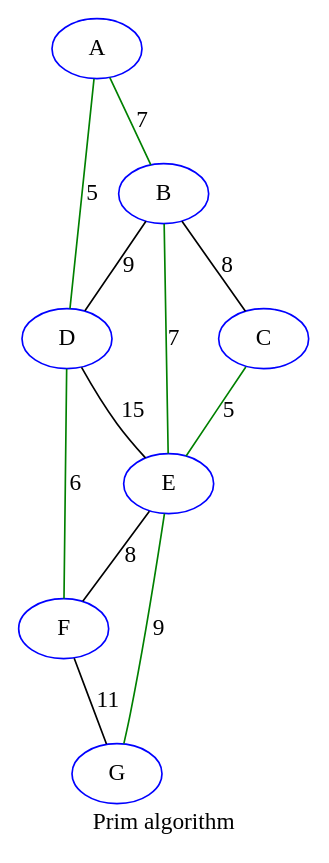
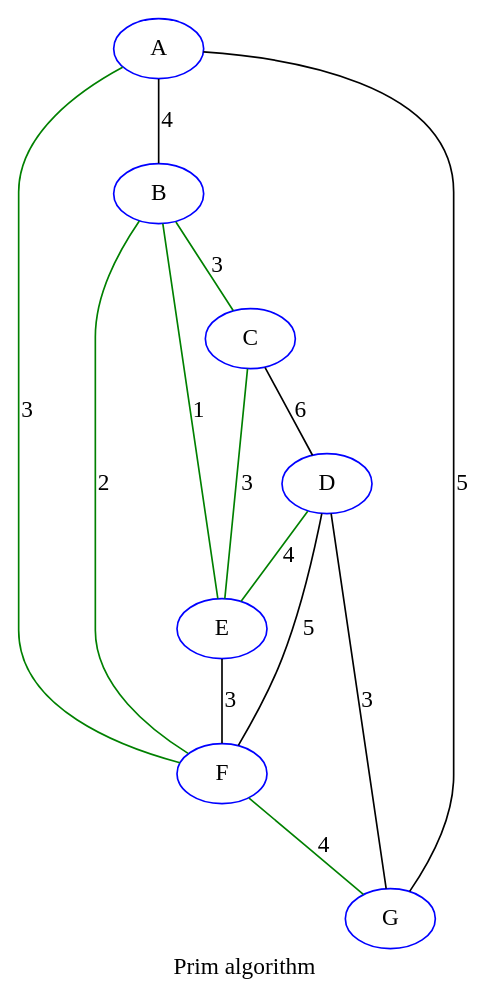
Before and after one commit to sallareznov/m1s2: the diagram in AeA/partie2/tp2/prim.dot, drawn with Graphviz. The commit also changed 15 other files, not shown here.

```diff
--- a/AeA/partie2/tp2/prim.dot
+++ b/AeA/partie2/tp2/prim.dot
@@ -1,21 +1,23 @@
 graph {
 label="Prim algorithm"
 G [color=blue]
 E [color=blue]
 F [color=blue]
 C [color=blue]
 D [color=blue]
 A [color=blue]
 B [color=blue]
-A -- B[label="7",color=green]
-A -- D[label="5",color=green]
-B -- C[label="8"]
-B -- D[label="9"]
-B -- E[label="7",color=green]
-C -- E[label="5",color=green]
-D -- E[label="15"]
-D -- F[label="6",color=green]
-E -- F[label="8"]
-E -- G[label="9",color=green]
-F -- G[label="11"]
+A--B[label="4"]
+A--F[label="3",color=green]
+A--G[label="5"]
+B--C[label="3",color=green]
+B--E[label="1",color=green]
+B--F[label="2",color=green]
+C--D[label="6"]
+C--E[label="3",color=green]
+D--E[label="4",color=green]
+D--F[label="5"]
+D--G[label="3"]
+E--F[label="3"]
+F--G[label="4",color=green]
 }
```
